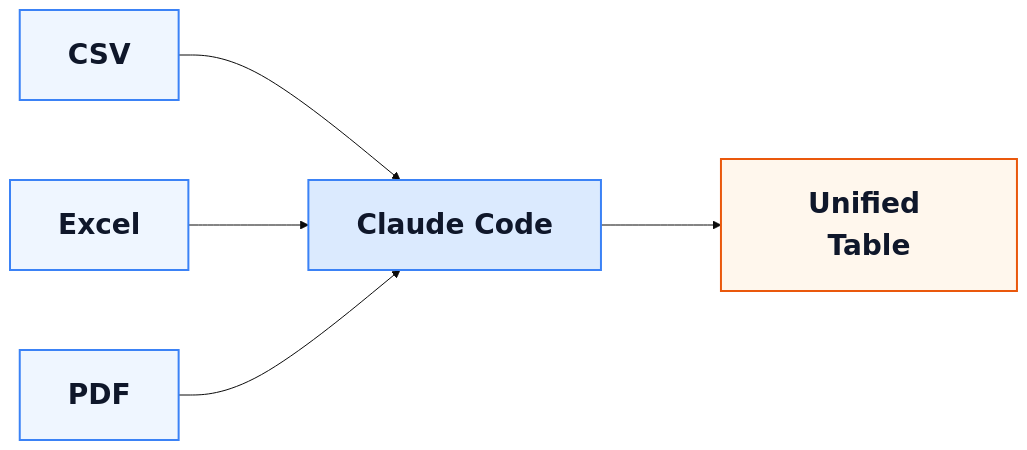
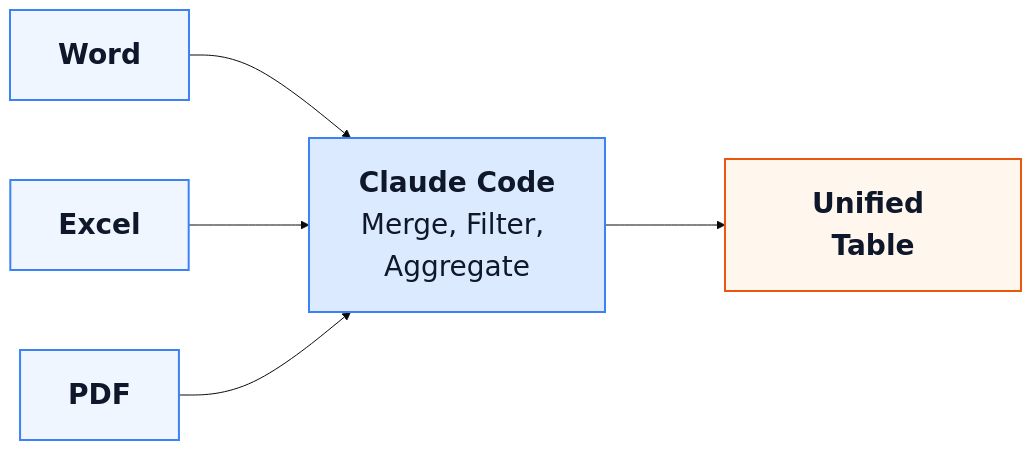
Before and after one commit to kerryback/mgmt675: the diagram in slides/m4-claude.qmd, drawn with Mermaid. The commit also changed other lines of this file and 1 other file, not shown here.

````diff
--- a/slides/m4-claude.qmd
+++ b/slides/m4-claude.qmd
@@ -230,15 +234,15 @@
 ```{mermaid}
 %%| fig-width: 16
 %%{init: {'theme': 'base', 'themeVariables': {'fontSize': '28px'}, 'flowchart': {'nodeSpacing': 80, 'rankSpacing': 120, 'padding': 24, 'useMaxWidth': true}}}%%
 flowchart LR
-  CSV["<b>CSV</b>"] --> CC["<b>Claude Code</b>"]
+  WRD["<b>Word</b>"] --> CC["<b>Claude Code</b><br>Merge, Filter, Aggregate"]
   XLS["<b>Excel</b>"] --> CC
   PDF["<b>PDF</b>"] --> CC
   CC --> UT["<b>Unified Table</b>"]
 
-  style CSV fill:#eff6ff,stroke:#3b82f6,stroke-width:2px,color:#0f172a,font-size:28px,padding:20px
+  style WRD fill:#eff6ff,stroke:#3b82f6,stroke-width:2px,color:#0f172a,font-size:28px,padding:20px
   style XLS fill:#eff6ff,stroke:#3b82f6,stroke-width:2px,color:#0f172a,font-size:28px,padding:20px
   style PDF fill:#eff6ff,stroke:#3b82f6,stroke-width:2px,color:#0f172a,font-size:28px,padding:20px
   style CC fill:#dbeafe,stroke:#3b82f6,stroke-width:2px,color:#0f172a,font-size:28px,padding:20px
   style UT fill:#fff7ed,stroke:#ea580c,stroke-width:2px,color:#0f172a,font-size:28px,padding:20px
 ```
````
